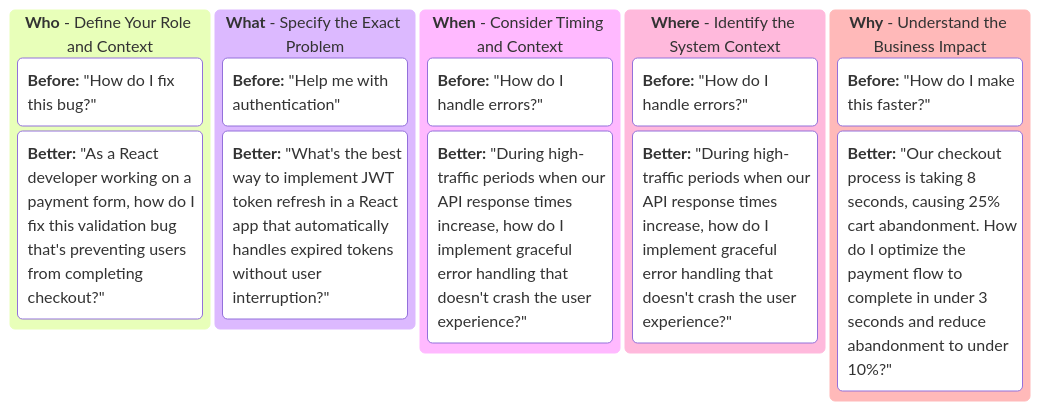
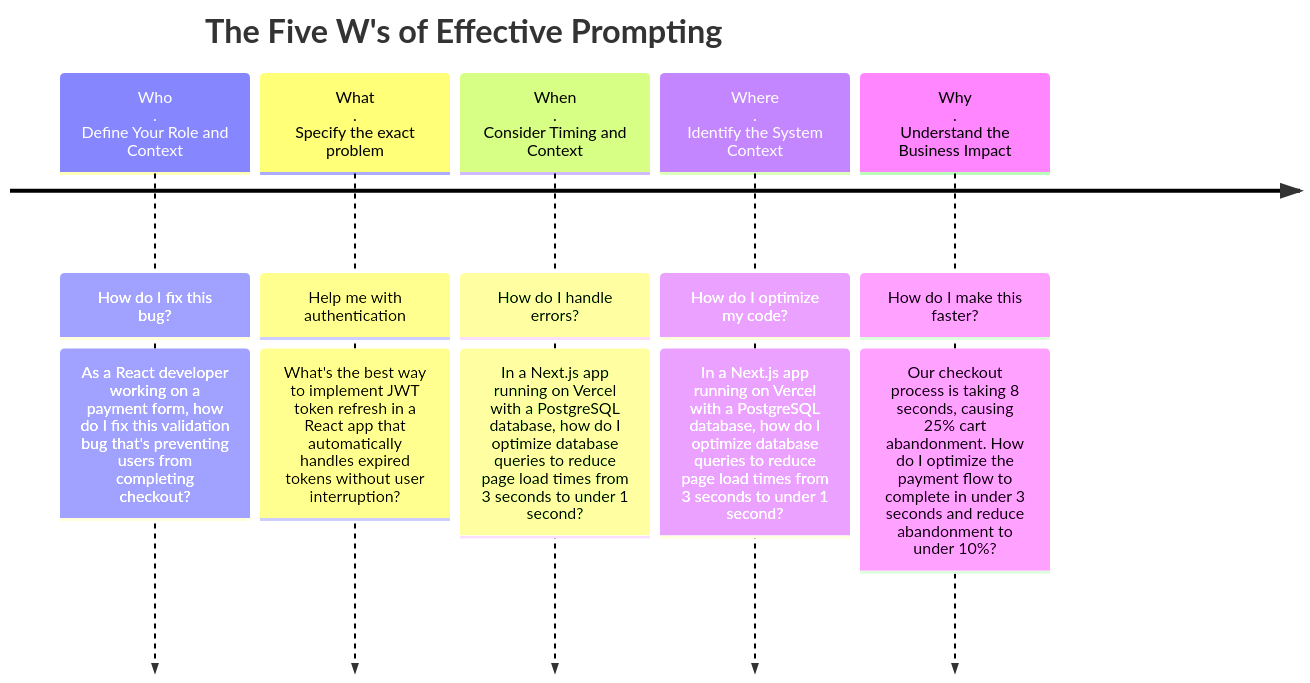
One commit to sumahiremath/buildtales changed the third of 5 diagrams in _posts/2025-08-23-cursor-pro-zero-expert.md. Above: the diagram before and after it, drawn with Mermaid. The commit also changed other lines of this file, not shown here.

````diff
--- a/_posts/2025-08-23-cursor-pro-zero-expert.md
+++ b/_posts/2025-08-23-cursor-pro-zero-expert.md
@@ -176,18 +175,14 @@
 ```mermaid
-kanban
-   **Who** - Define Your Role and Context
-      **Before:** "How do I fix this bug?"
-      **Better:** "As a React developer working on a payment form, how do I fix this validation bug that's preventing users from completing checkout?"
-   **What** - Specify the Exact Problem
-      **Before:** "Help me with authentication"
-      **Better:** "What's the best way to implement JWT token refresh in a React app that automatically handles expired tokens without user interruption?"
-   **When** - Consider Timing and Context
-      **Before:** "How do I handle errors?"
-      **Better:** "During high-traffic periods when our API response times increase, how do I implement graceful error handling that doesn't crash the user experience?"
-   **Where** - Identify the System Context
-      **Before:** "How do I handle errors?"
-      **Better:** "During high-traffic periods when our API response times increase, how do I implement graceful error handling that doesn't crash the user experience?"
-   **Why** - Understand the Business Impact
-      **Before:** "How do I make this faster?"
-      **Better:** "Our checkout process is taking 8 seconds, causing 25% cart abandonment. How do I optimize the payment flow to complete in under 3 seconds and reduce abandonment to under 10%?"
-```
+timeline
+    title The Five W's of Effective Prompting
+      Who <br>.<br> Define Your Role and Context: How do I fix this bug?
+          : As a React developer working on a payment form, how do I fix this validation bug that's preventing users from completing checkout?
+      What <br>.<br> Specify the exact problem: Help me with authentication
+          : What's the best way to implement JWT token refresh in a React app that automatically handles expired tokens without user interruption?
+      When <br>.<br> Consider Timing and Context : How do I handle errors?
+          : In a Next.js app running on Vercel with a PostgreSQL database, how do I optimize database queries to reduce page load times from 3 seconds to under 1 second?
+      Where <br>.<br> Identify the System Context: How do I optimize my code?
+          : In a Next.js app running on Vercel with a PostgreSQL database, how do I optimize database queries to reduce page load times from 3 seconds to under 1 second?
+      Why <br>.<br> Understand the Business Impact : How do I make this faster?
+          : Our checkout process is taking 8 seconds, causing 25% cart abandonment. How do I optimize the payment flow to complete in under 3 seconds and reduce abandonment to under 10%?
+ ```
````
